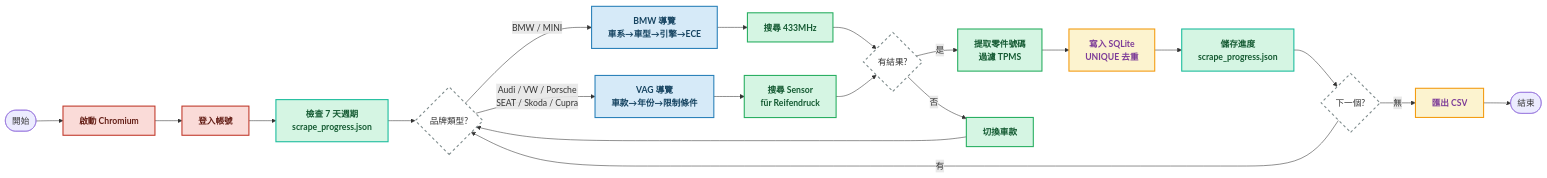
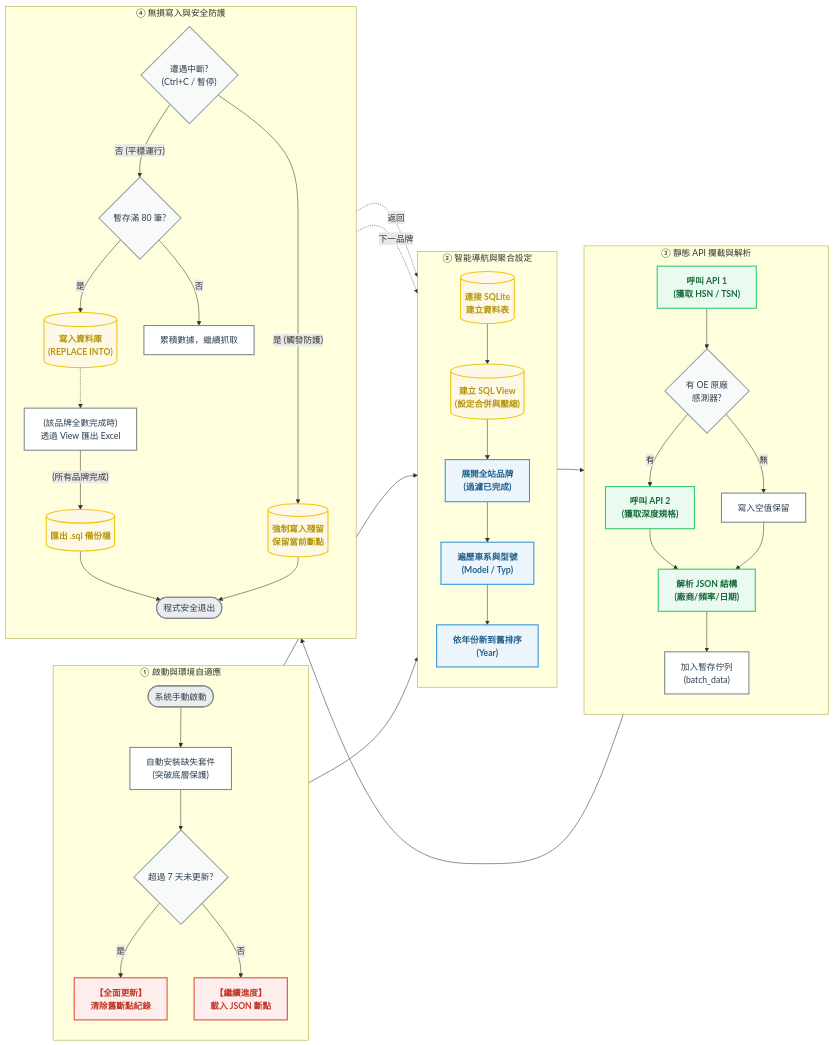
Before and after one commit to chi71211/OrangePartslink24: the second of 2 diagrams in README.md, drawn with Mermaid.

````diff
--- a/README.md
+++ b/README.md
@@ -149,31 +149,60 @@
 ```mermaid
 flowchart LR
-    %% Partslink24 TPMS 爬蟲流程圖 — 簡化版
-    classDef phase_init fill:#FADBD8,stroke:#C0392B,stroke-width:2px,color:#641E16,font-weight:bold
-    classDef phase_nav fill:#D6EAF8,stroke:#2980B9,stroke-width:2px,color:#154360,font-weight:bold
-    classDef phase_parse fill:#D5F5E3,stroke:#27AE60,stroke-width:2px,color:#145A32,font-weight:bold
-    classDef phase_save fill:#FCF3CF,stroke:#F39C12,stroke-width:2px,color:#7D3C98,font-weight:bold
-    classDef decision fill:#FFFFFF,stroke:#7F8C8D,stroke-width:2px,stroke-dasharray:5 5
-    classDef phase_memory fill:#D5F5E3,stroke:#1ABC9C,stroke-width:2px,color:#145A32,font-weight:bold
+    %% Interpneu TPMS 爬蟲流程圖 (V11.py 架構) - 四柱型簡報版
+    classDef box_white fill:#FFFFFF,stroke:#7F8C8D,stroke-width:2px,color:#2C3E50
+    classDef box_red fill:#FDEDEC,stroke:#E74C3C,stroke-width:2px,color:#C0392B,font-weight:bold
+    classDef box_blue fill:#EBF5FB,stroke:#3498DB,stroke-width:2px,color:#21618C,font-weight:bold
+    classDef box_green fill:#EAFAF1,stroke:#2ECC71,stroke-width:2px,color:#186A3B,font-weight:bold
+    classDef db_yellow fill:#FEF9E7,stroke:#F1C40F,stroke-width:2px,color:#B7950B,font-weight:bold
+    classDef decision fill:#F8F9F9,stroke:#95A5A6,stroke-width:2px,color:#2C3E50
+    classDef start_end fill:#EAECEE,stroke:#7F8C8D,stroke-width:2px,color:#2C3E50,rx:20,ry:20
 
-    A([開始]) --> B["啟動 Chromium"]:::phase_init
-    B --> C["登入帳號"]:::phase_init
-    C --> D["檢查 7 天週期<br>scrape_progress.json"]:::phase_memory
-    D --> E{"品牌類型?"}:::decision
-    E -- "BMW / MINI" --> F["BMW 導覽<br>車系→車型→引擎→ECE"]:::phase_nav
-    E -- "Audi / VW / Porsche<br>SEAT / Skoda / Cupra" --> G["VAG 導覽<br>車款→年份→限制條件"]:::phase_nav
-    F --> H["搜尋 433MHz"]:::phase_parse
-    G --> I["搜尋 Sensor<br>für Reifendruck"]:::phase_parse
-    H --> J{"有結果?"}:::decision
-    I --> J
-    J -- "是" --> K["提取零件號碼<br>過濾 TPMS"]:::phase_parse
-    J -- "否" --> L["切換車款"]:::phase_parse
-    K --> M["寫入 SQLite<br>UNIQUE 去重"]:::phase_save
-    M --> N["儲存進度<br>scrape_progress.json"]:::phase_memory
-    N --> O{"下一個?"}:::decision
-    O -- "有" --> E
-    O -- "無" --> P["匯出 CSV"]:::phase_save
-    P --> Q([結束])
+    subgraph S1 ["① 啟動與環境自適應"]
+        direction TB
+        A(["系統手動啟動"]):::start_end --> B["自動安裝缺失套件<br>(突破底層保護)"]:::box_white
+        B --> C{"超過 7 天未更新?"}:::decision
+        C -- "是" --> D["【全面更新】<br>清除舊斷點紀錄"]:::box_red
+        C -- "否" --> E["【繼續進度】<br>載入 JSON 斷點"]:::box_red
+    end
 
-    L --> E
+    subgraph S2 ["② 智能導航與聚合設定"]
+        direction TB
+        F[("連接 SQLite<br>建立資料表")]:::db_yellow --> G[("建立 SQL View<br>(設定合併與壓縮)")]:::db_yellow
+        G --> H["展開全站品牌<br>(過濾已完成)"]:::box_blue
+        H --> I["遍歷車系與型號<br>(Model / Typ)"]:::box_blue
+        I --> J["依年份新到舊排序<br>(Year)"]:::box_blue
+    end
+
+    subgraph S3 ["③ 靜態 API 攔截與解析"]
+        direction TB
+        K["呼叫 API 1<br>(獲取 HSN / TSN)"]:::box_green --> L{"有 OE 原廠<br>感測器?"}:::decision
+        L -- "無" --> M["寫入空值保留"]:::box_white
+        L -- "有" --> N["呼叫 API 2<br>(獲取深度規格)"]:::box_green
+        N --> O["解析 JSON 結構<br>(廠商/頻率/日期)"]:::box_green
+        M --> O
+        O --> P["加入暫存佇列<br>(batch_data)"]:::box_white
+    end
+
+    subgraph S4 ["④ 無損寫入與安全防護"]
+        direction TB
+        Q{"遭遇中斷?<br>(Ctrl+C / 暫停)"}:::decision
+        Q -- "是 (觸發防護)" --> R[("強制寫入殘留<br>保留當前斷點")]:::db_yellow
+        Q -- "否 (平穩運行)" --> S{"暫存滿 80 筆?"}:::decision
+        S -- "是" --> T[("寫入資料庫<br>(REPLACE INTO)")]:::db_yellow
+        S -- "否" --> U["累積數據，繼續抓取"]:::box_white
+        T -.-> V["(該品牌全數完成時)<br>透過 View 匯出 Excel"]:::box_white
+        V -- "(所有品牌完成)" --> W[("匯出 .sql 備份檔")]:::db_yellow
+        W --> X(["程式安全退出"]):::start_end
+        R --> X
+    end
+
+    %% 跨模組連結 (模組間推進)
+    D --> F
+    E --> F
+    J --> K
+    P --> Q
+
+    %% 回圈動線 (使用虛線表示狀態返回)
+    U -.->|返回| I
+    V -.->|下一品牌| H
 ```
````
